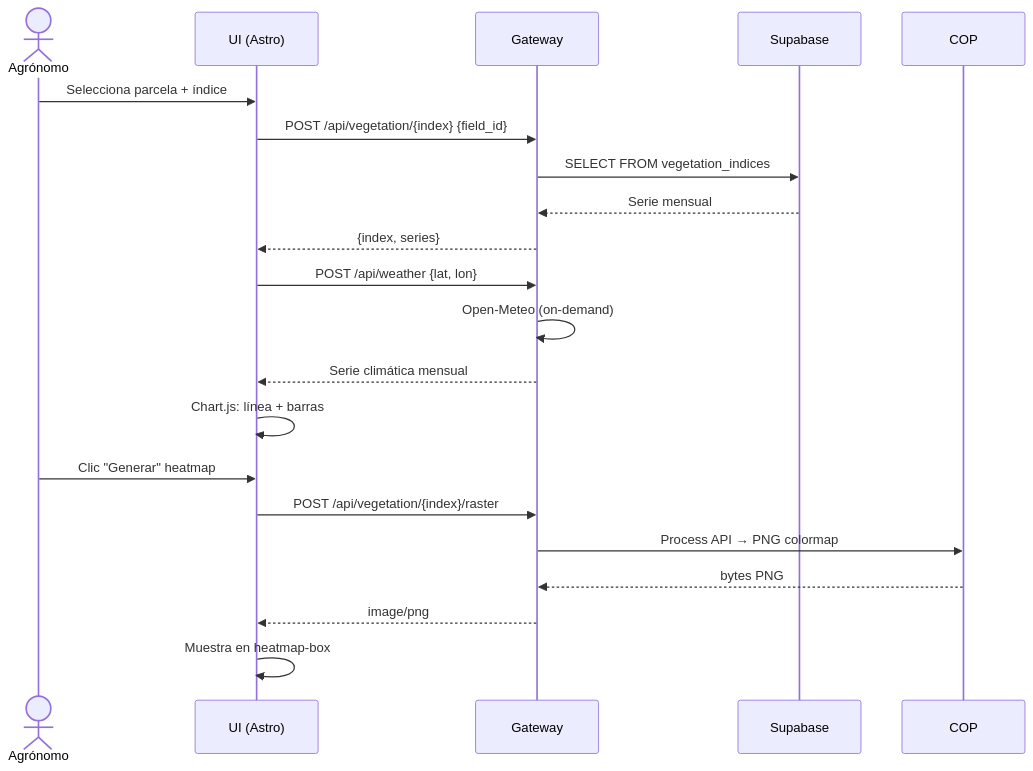
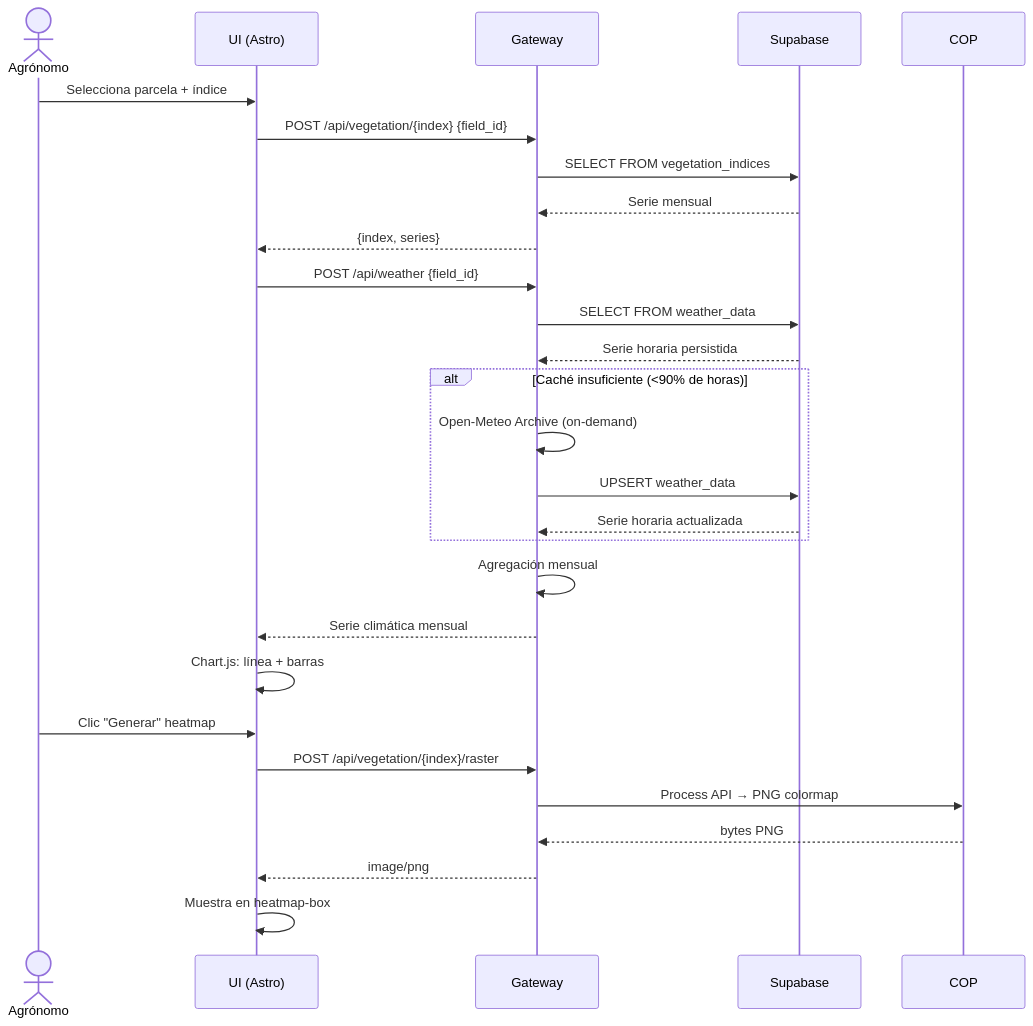
The sixth of 12 diagrams in docs/architect/architecture_agrovision.md (AlexPrietoRomani/AgroVision), drawn with Mermaid before and after one commit. The commit also changed 1 other file, not shown here.

Commit message:
docs(db): aclarar PGMQ diferido y flujo de clima persistido
La auditoría de coherencia detectó que la matriz CRUD y el bootstrap describían la cola count_tasks como creada, aunque 0001_initial_schema.sql no crea PGMQ. También se corrigió el diagrama de secuencia de clima para reflejar el contrato real (field_id), la lectura de caché en weather_data, el fallback a Open-Meteo y el upsert horario.

````diff
--- a/docs/architect/architecture_agrovision.md
+++ b/docs/architect/architecture_agrovision.md
@@ -296,23 +296,30 @@
 ```mermaid
 sequenceDiagram
     actor U as Agrónomo
     participant C as UI (Astro)
     participant G as Gateway
     participant DB as Supabase
 
     U->>C: Selecciona parcela + índice
     C->>G: POST /api/vegetation/{index} {field_id}
     G->>DB: SELECT FROM vegetation_indices
     DB-->>G: Serie mensual
     G-->>C: {index, series}
-    C->>G: POST /api/weather {lat, lon}
-    G->>G: Open-Meteo (on-demand)
+    C->>G: POST /api/weather {field_id}
+    G->>DB: SELECT FROM weather_data
+    DB-->>G: Serie horaria persistida
+    alt Caché insuficiente (<90% de horas)
+        G->>G: Open-Meteo Archive (on-demand)
+        G->>DB: UPSERT weather_data
+        DB-->>G: Serie horaria actualizada
+    end
+    G->>G: Agregación mensual
     G-->>C: Serie climática mensual
     C->>C: Chart.js: línea + barras
     U->>C: Clic "Generar" heatmap
     C->>G: POST /api/vegetation/{index}/raster
     G->>COP: Process API → PNG colormap
     COP-->>G: bytes PNG
     G-->>C: image/png
     C->>C: Muestra en heatmap-box
 ```
````
